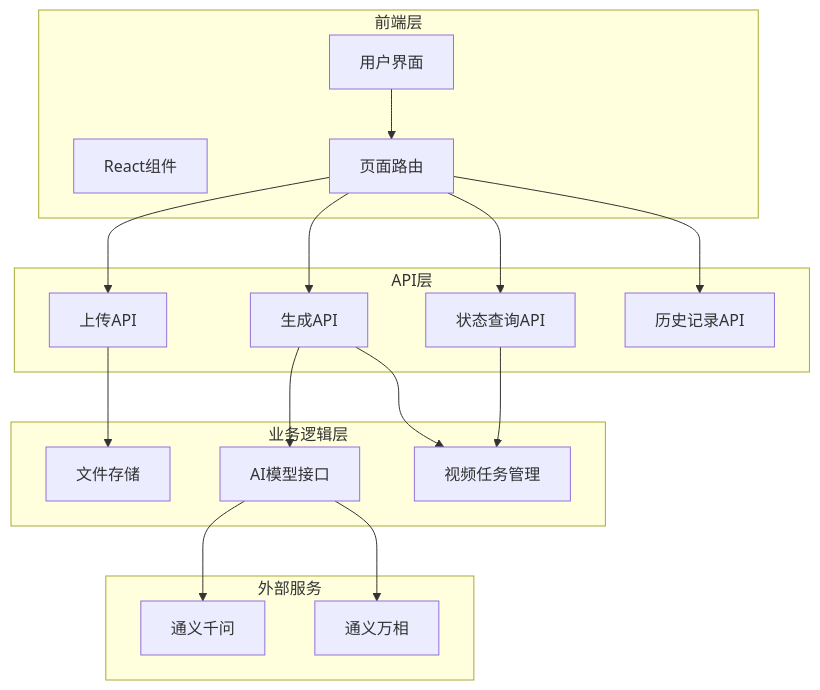
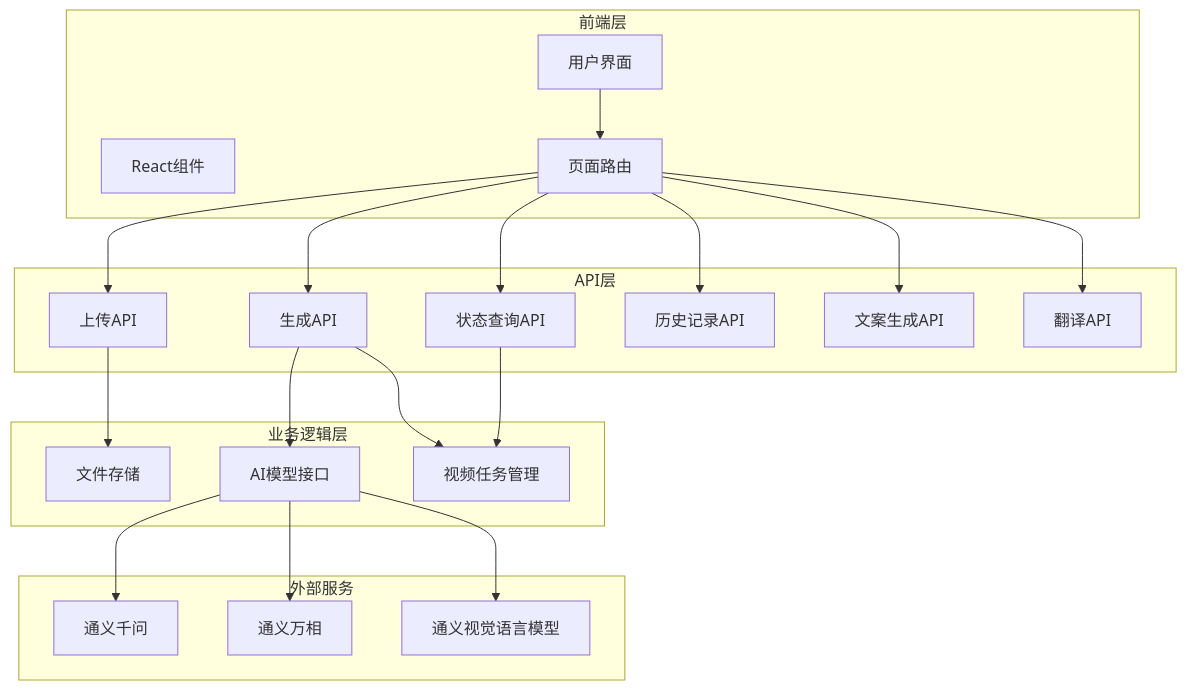
The first of 9 diagrams in .qoder/repowiki/zh/content/Video Generation Pipeline.md (zuozuoliu740-cmd/xianxiong-news), drawn with Mermaid before and after one commit. The commit also changed other lines of this file and 4 other files, not shown here.

````diff
--- a/.qoder/repowiki/zh/content/Video Generation Pipeline.md
+++ b/.qoder/repowiki/zh/content/Video Generation Pipeline.md
@@ -45,34 +56,40 @@
 ```mermaid
 graph TB
 subgraph "前端层"
 UI[用户界面]
 Components[React组件]
 Pages[页面路由]
 end
 subgraph "API层"
 Upload[上传API]
 Generate[生成API]
 Status[状态查询API]
 History[历史记录API]
+Desc[文案生成API]
+Translate[翻译API]
 end
 subgraph "业务逻辑层"
 VideoTasks[视频任务管理]
 AIModels[AI模型接口]
 Storage[文件存储]
 end
 subgraph "外部服务"
 DashScope[通义千问]
 WanXiang[通义万相]
+QwenVL[通义视觉语言模型]
 end
 UI --> Pages
 Pages --> Upload
 Pages --> Generate
 Pages --> Status
 Pages --> History
+Pages --> Desc
+Pages --> Translate
 Upload --> Storage
 Generate --> AIModels
 Generate --> VideoTasks
 Status --> VideoTasks
 AIModels --> DashScope
 AIModels --> WanXiang
+AIModels --> QwenVL
 ```
````
